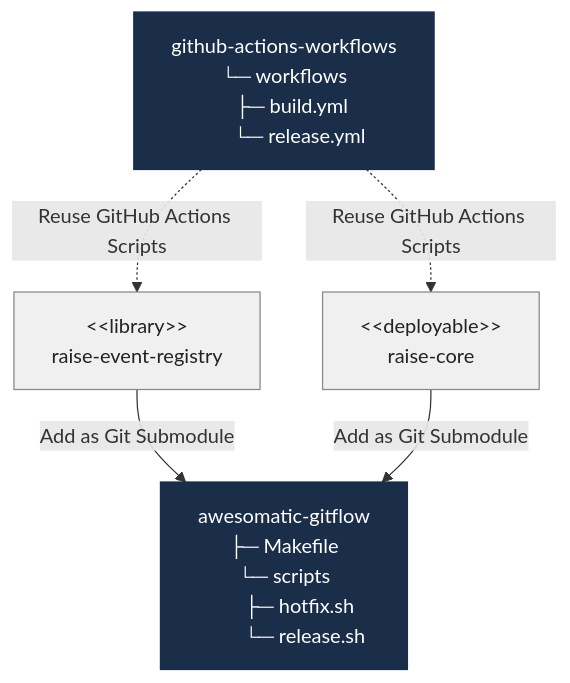
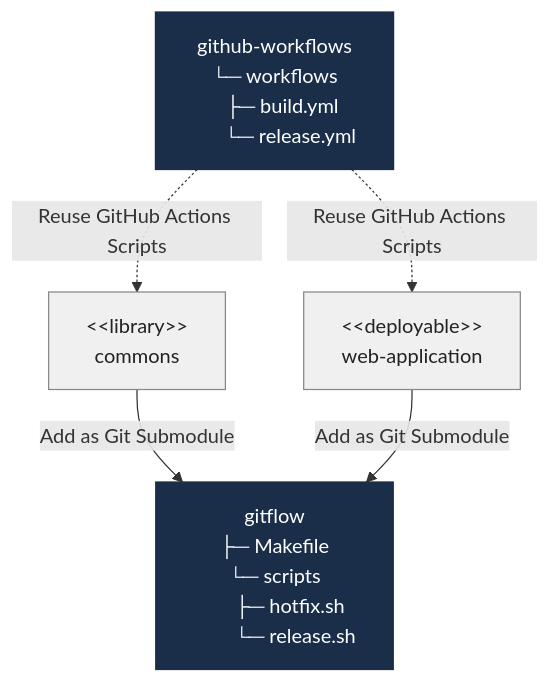
The first of 2 diagrams in README.md (awesomaticza/github-workflows), drawn with Mermaid before and after one commit. The commit also changed other lines of this file, not shown here.

````diff
--- a/README.md
+++ b/README.md
@@ -16,20 +16,20 @@
 ```mermaid
 flowchart TD
-    GHA["github-actions-workflows<br/>└─ workflows<br/>&nbsp;&nbsp;&nbsp;├─ build.yml<br/>&nbsp;&nbsp;&nbsp;&nbsp;&nbsp;&nbsp;└─ release.yml"]
+    GHA["github-workflows<br/>└─ workflows<br/>&nbsp;&nbsp;&nbsp;├─ build.yml<br/>&nbsp;&nbsp;&nbsp;&nbsp;&nbsp;&nbsp;└─ release.yml"]
 
-    LIB["&lt;&lt;library&gt;&gt;<br/>raise-event-registry"]
-    DEP["&lt;&lt;deployable&gt;&gt;<br/>raise-core"]
+    LIB["&lt;&lt;library&gt;&gt;<br/>commons"]
+    DEP["&lt;&lt;deployable&gt;&gt;<br/>web-application"]
 
-    GF["awesomatic-gitflow<br/>├─ Makefile<br/>└─ scripts<br/>&nbsp;&nbsp;&nbsp;&nbsp;&nbsp;&nbsp;├─ hotfix.sh<br/>&nbsp;&nbsp;&nbsp&nbsp;&nbsp;&nbsp;&nbsp;&nbsp;└─ release.sh"]
+    GF["gitflow<br/>├─ Makefile<br/>└─ scripts<br/>&nbsp;&nbsp;&nbsp;&nbsp;&nbsp;&nbsp;├─ hotfix.sh<br/>&nbsp;&nbsp;&nbsp&nbsp;&nbsp;&nbsp;&nbsp;&nbsp;└─ release.sh"]
 
     GHA -."Reuse GitHub Actions Scripts".-> LIB
     GHA -."Reuse GitHub Actions Scripts".-> DEP
     LIB --"Add as Git Submodule"--> GF
     DEP --"Add as Git Submodule"--> GF
 
     classDef sharedrepo fill:#1a2e4a,stroke:#1a2e4a,color:#ffffff
     classDef consumer fill:#f0f0f0,stroke:#888888,color:#222222
 
     class GHA,GF sharedrepo
     class LIB,DEP consumer
 ```
````
